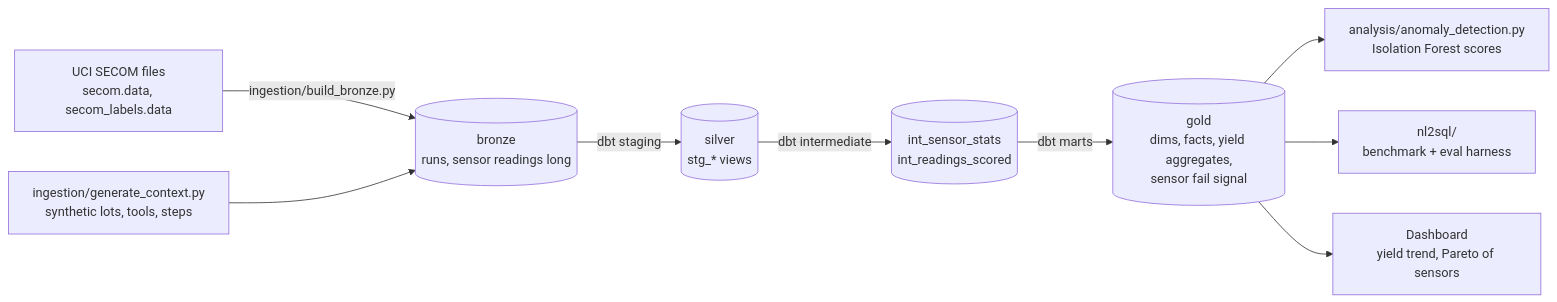
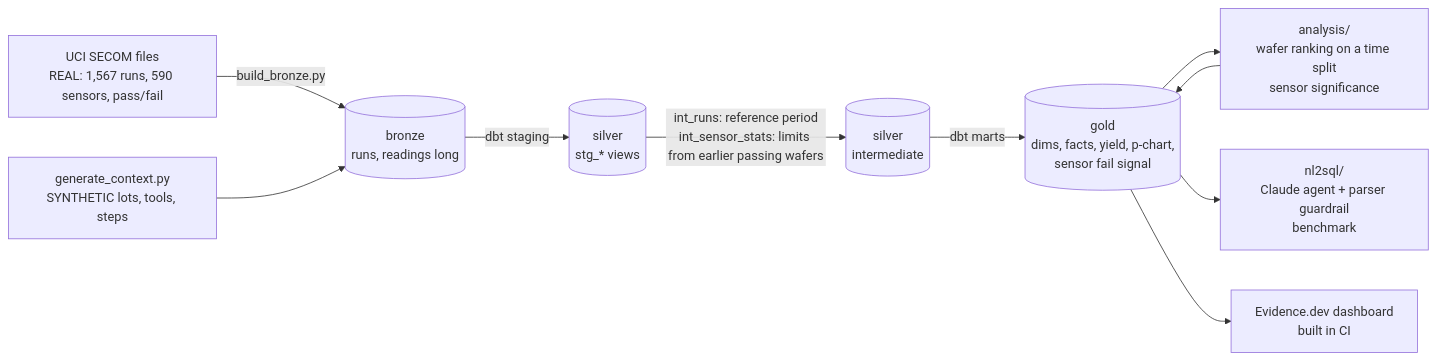
The diagram in README.md (Saigwe/semiconductor-yield-analytics), drawn with Mermaid before and after one commit. The commit also changed other lines of this file and 43 other files, not shown here.

First line of the commit message:
Run on real SECOM data: reference-period control limits, p-chart, sensor significance, time-split wafer ranking, parser guardrail, Claude agent, Evidence dashboard

````diff
--- a/README.md
+++ b/README.md
@@ -20,11 +21,12 @@
 ```mermaid
 flowchart LR
-  A[UCI SECOM files<br/>secom.data, secom_labels.data] -->|ingestion/build_bronze.py| B[(bronze<br/>runs, sensor readings long)]
-  S[ingestion/generate_context.py<br/>synthetic lots, tools, steps] --> B
+  A[UCI SECOM files<br/>REAL: 1,567 runs, 590 sensors, pass/fail] -->|build_bronze.py| B[(bronze<br/>runs, readings long)]
+  S[generate_context.py<br/>SYNTHETIC lots, tools, steps] --> B
   B -->|dbt staging| C[(silver<br/>stg_* views)]
-  C -->|dbt intermediate| D[(int_sensor_stats<br/>int_readings_scored)]
-  D -->|dbt marts| E[(gold<br/>dims, facts, yield aggregates,<br/>sensor fail signal)]
-  E --> F[analysis/anomaly_detection.py<br/>Isolation Forest scores]
-  E --> G[nl2sql/<br/>benchmark + eval harness]
-  E --> H[Dashboard<br/>yield trend, Pareto of sensors]
+  C -->|int_runs: reference period<br/>int_sensor_stats: limits from earlier passing wafers| D[(silver<br/>intermediate)]
+  D -->|dbt marts| E[(gold<br/>dims, facts, yield, p-chart,<br/>sensor fail signal)]
+  E --> F[analysis/<br/>wafer ranking on a time split<br/>sensor significance]
+  F --> E
+  E --> G[nl2sql/<br/>Claude agent + parser guardrail<br/>benchmark]
+  E --> H[Evidence.dev dashboard<br/>built in CI]
 ```
````
